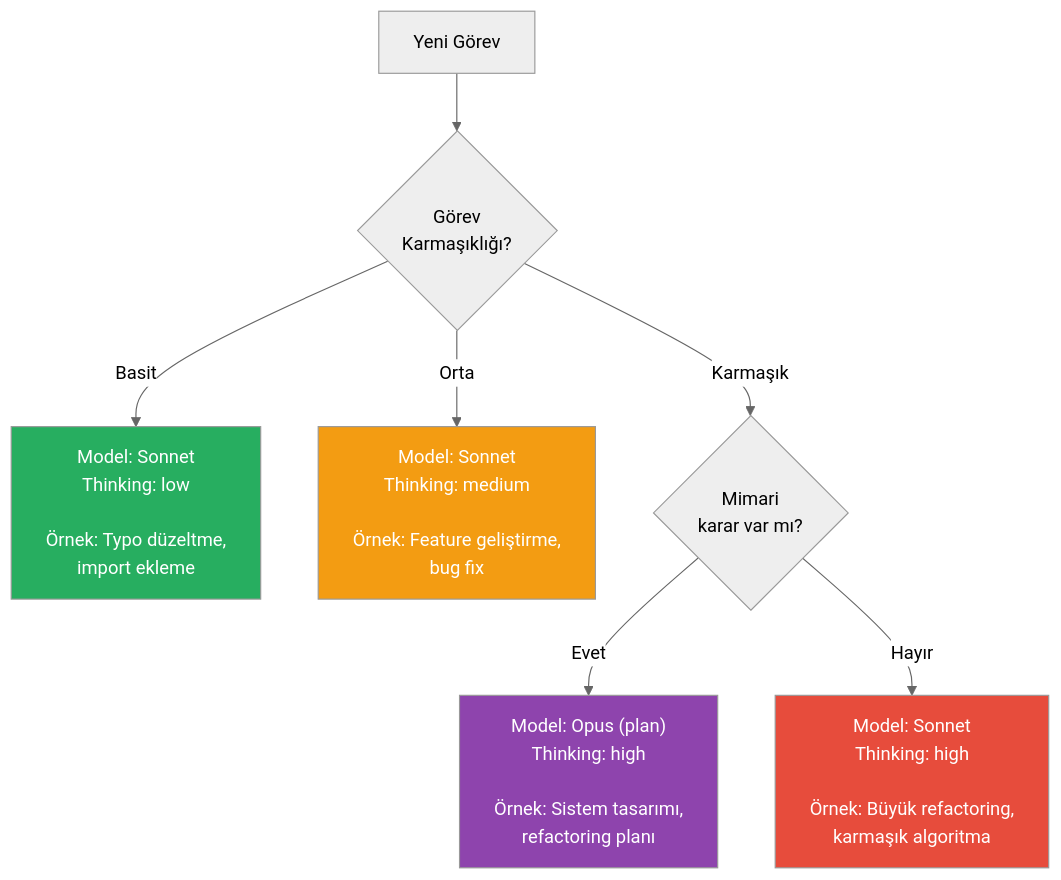
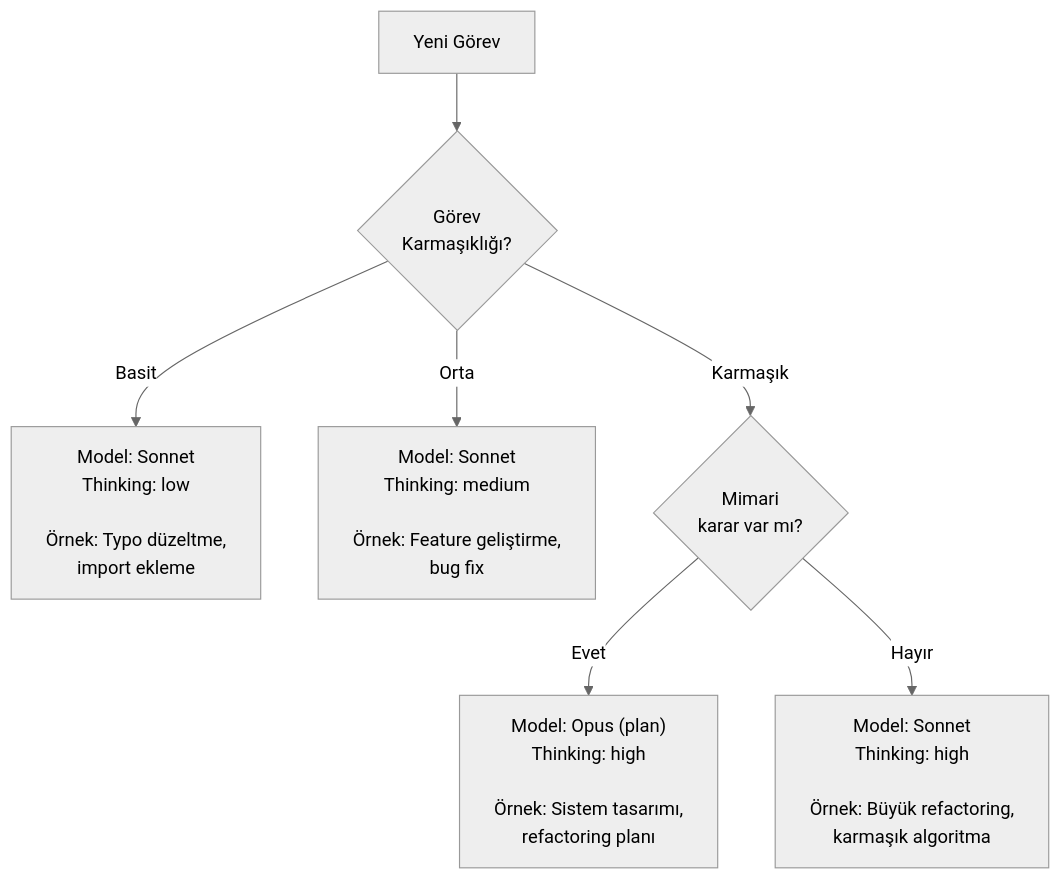
One commit to IzzetYasinAtes/ClaudeCodeHandbook changed the fourth of 5 diagrams in 17-konfigurasyon/04-model-konfigurasyonu.md. Above: the diagram before and after it, drawn with Mermaid (neutral theme). The commit also changed other lines of this file and 97 other files, not shown here.

Commit message:
Remove all custom Mermaid style/fill colors from 98 markdown files for consistent dark theme rendering

````diff
--- a/17-konfigurasyon/04-model-konfigurasyonu.md
+++ b/17-konfigurasyon/04-model-konfigurasyonu.md
@@ -179,16 +168,12 @@
 ```mermaid
 flowchart TD
     TASK["Yeni Görev"] --> ASSESS{"Görev<br/>Karmaşıklığı?"}
 
     ASSESS -->|Basit| SIMPLE["Model: Sonnet<br/>Thinking: low<br/><br/>Örnek: Typo düzeltme,<br/>import ekleme"]
     ASSESS -->|Orta| MEDIUM_TASK["Model: Sonnet<br/>Thinking: medium<br/><br/>Örnek: Feature geliştirme,<br/>bug fix"]
     ASSESS -->|Karmaşık| COMPLEX{"Mimari<br/>karar var mı?"}
 
     COMPLEX -->|Evet| ARCH["Model: Opus (plan)<br/>Thinking: high<br/><br/>Örnek: Sistem tasarımı,<br/>refactoring planı"]
     COMPLEX -->|Hayır| DEEP["Model: Sonnet<br/>Thinking: high<br/><br/>Örnek: Büyük refactoring,<br/>karmaşık algoritma"]
 
-    style SIMPLE fill:#27AE60,color:#fff
-    style MEDIUM_TASK fill:#F39C12,color:#fff
-    style ARCH fill:#8E44AD,color:#fff
-    style DEEP fill:#E74C3C,color:#fff
 ```
````
